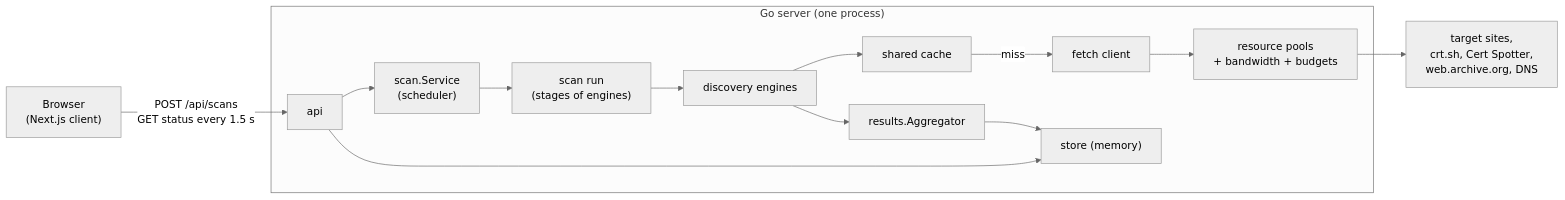
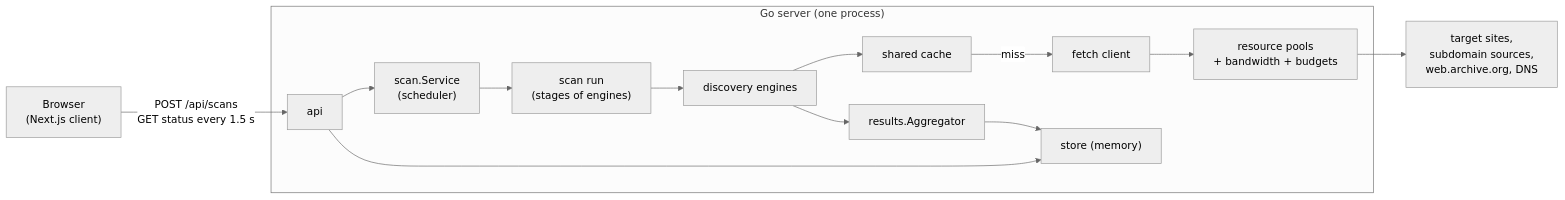
One commit to anandhuremanan/website_mapper changed the first of 3 diagrams in ARCHITECTURE.md. Above: the diagram before and after it, drawn with Mermaid (neutral theme). The commit also changed other lines of this file and 23 other files, not shown here.

````diff
--- a/ARCHITECTURE.md
+++ b/ARCHITECTURE.md
@@ -86,16 +86,16 @@
 ```mermaid
 flowchart LR
     Browser["Browser<br/>(Next.js client)"] -->|"POST /api/scans<br/>GET status every 1.5 s"| API
     subgraph Server["Go server (one process)"]
         API["api"] --> Sched["scan.Service<br/>(scheduler)"]
         Sched --> Run["scan run<br/>(stages of engines)"]
         Run --> Eng["discovery engines"]
         Eng --> Cache["shared cache"]
         Cache -->|miss| Fetch["fetch client"]
         Fetch --> Pools["resource pools<br/>+ bandwidth + budgets"]
         Eng --> Agg["results.Aggregator"]
         Agg --> Store["store (memory)"]
         API --> Store
     end
-    Pools --> Internet["target sites,<br/>crt.sh, Cert Spotter,<br/>web.archive.org, DNS"]
+    Pools --> Internet["target sites,<br/>subdomain sources,<br/>web.archive.org, DNS"]
 ```
````
